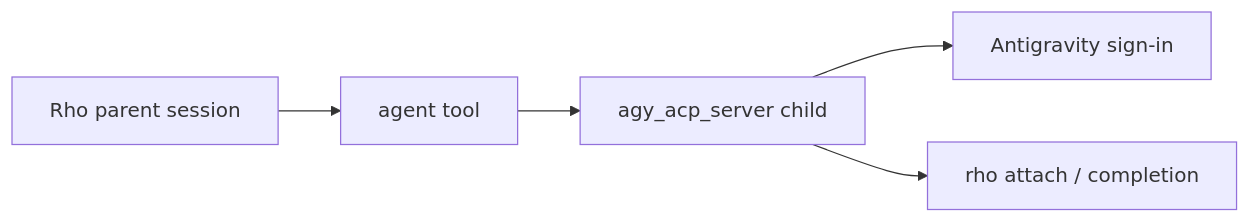
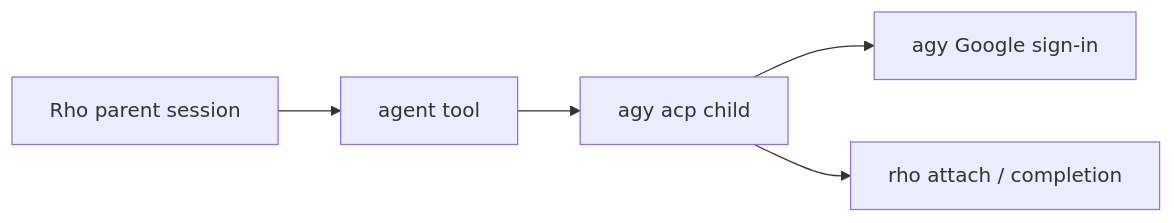
Before and after one commit to matthewyjiang/rho: the first of 2 diagrams in docs/subagents/antigravity.md, drawn with Mermaid. The commit also changed other lines of this file and 68 other files, not shown here.

First line of the commit message:
feat(antigravity): run delegated agents on agy's built-in acp server

````diff
--- a/docs/subagents/antigravity.md
+++ b/docs/subagents/antigravity.md
@@ -9,7 +9,7 @@
 ```mermaid
 flowchart LR
     parent[Rho parent session] --> agentTool[agent tool]
-    agentTool --> agy[agy_acp_server child]
-    agy --> sub[Antigravity sign-in]
+    agentTool --> agy[agy acp child]
+    agy --> sub[agy Google sign-in]
     agy --> attach[rho attach / completion]
 ```
````
